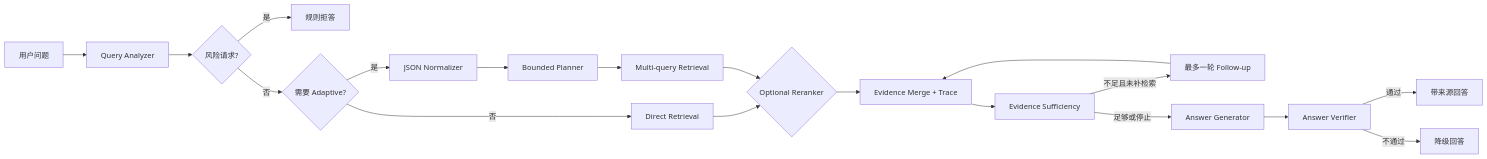
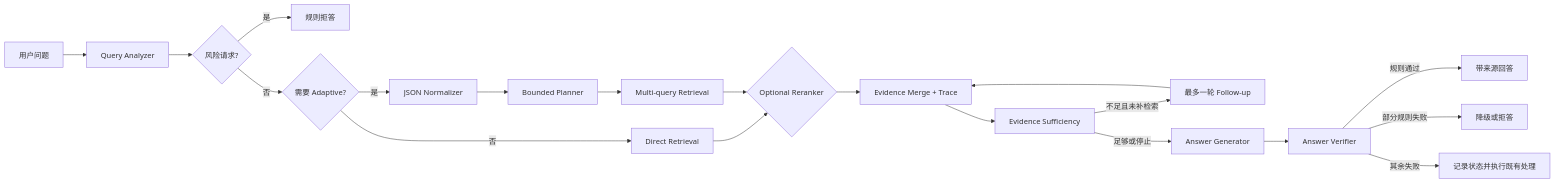
Before and after one commit to 1040942669/legal-rag-agent: the diagram in README.md, drawn with Mermaid. The commit also changed other lines of this file and 17 other files, not shown here.

````diff
--- a/README.md
+++ b/README.md
@@ -36,21 +36,22 @@
 ```mermaid
 flowchart LR
     A[用户问题] --> B[Query Analyzer]
     B --> C{风险请求?}
     C -- 是 --> R[规则拒答]
     C -- 否 --> D{需要 Adaptive?}
     D -- 否 --> E[Direct Retrieval]
     D -- 是 --> F[JSON Normalizer]
     F --> G[Bounded Planner]
     G --> H[Multi-query Retrieval]
     E --> Q{Optional Reranker}
     H --> Q
     Q --> I[Evidence Merge + Trace]
     I --> J[Evidence Sufficiency]
     J -- 不足且未补检索 --> K[最多一轮 Follow-up]
     K --> I
     J -- 足够或停止 --> L[Answer Generator]
     L --> M[Answer Verifier]
-    M -- 通过 --> N[带来源回答]
-    M -- 不通过 --> O[降级回答]
+    M -- 规则通过 --> N[带来源回答]
+    M -- 部分规则失败 --> O[降级或拒答]
+    M -- 其余失败 --> P[记录状态并执行既有处理]
 ```
````
